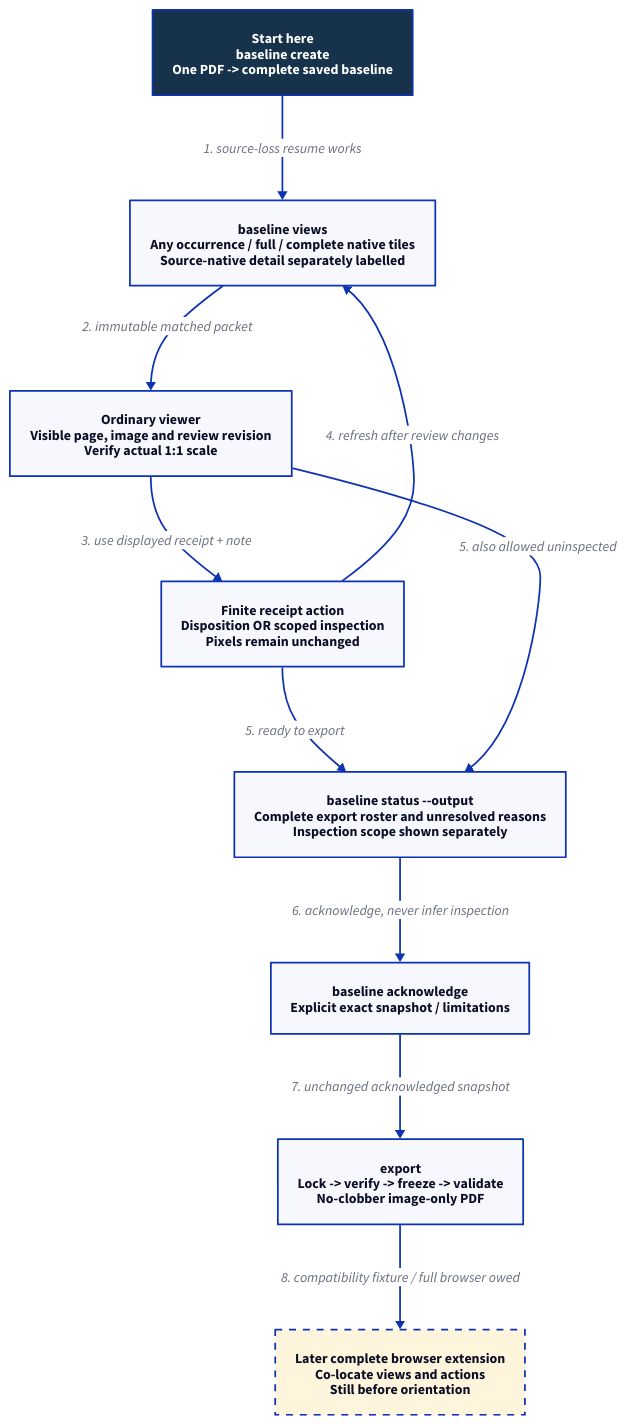
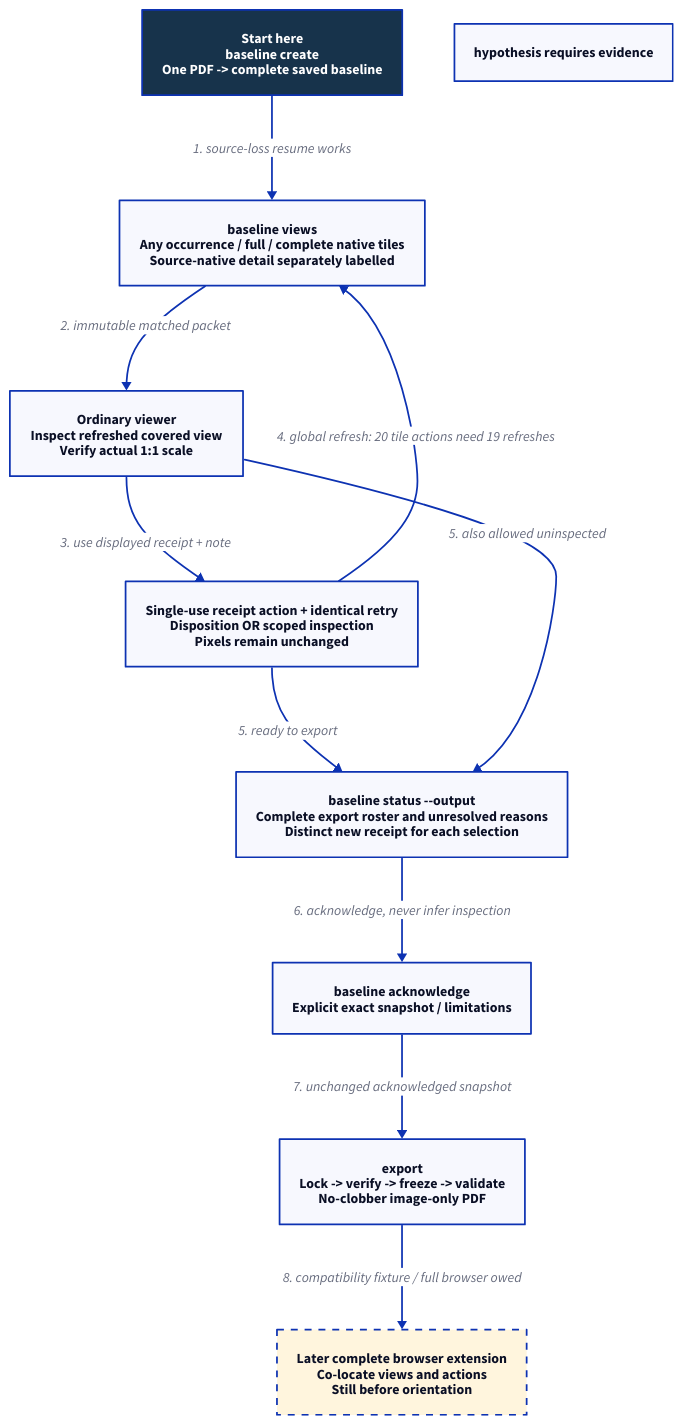
One commit to Linkuistics/BookScanBuilder changed the diagram in docs/design/rotation-processor/baseline-flow.d2. Above: the diagram before and after it, drawn with D2. The commit also changed 18 other files, not shown here.

Commit message:
baseline-delivery-k62: integrate design review and approved public protocol repairs

```diff
--- a/docs/design/rotation-processor/baseline-flow.d2
+++ b/docs/design/rotation-processor/baseline-flow.d2
@@ -1,22 +1,22 @@
 direction: down
 classes: {
   start: {style: {fill: "#17334b"; font-color: white; bold: true}}
   pending: {style: {fill: "#fff5dd"; stroke-dash: 4}}
 }
 create: Start here\nbaseline create\nOne PDF -> complete saved baseline {class: start}
 views: baseline views\nAny occurrence / full / complete native tiles\nSource-native detail separately labelled
-viewer: Ordinary viewer\nVisible page, image and review revision\nVerify actual 1:1 scale
-record: Finite receipt action\nDisposition OR scoped inspection\nPixels remain unchanged
-summary: baseline status --output\nComplete export roster and unresolved reasons\nInspection scope shown separately
+viewer: Ordinary viewer\nInspect refreshed covered view\nVerify actual 1:1 scale; hypothesis requires evidence
+record: Single-use receipt action + identical retry\nDisposition OR scoped inspection\nPixels remain unchanged
+summary: baseline status --output\nComplete export roster and unresolved reasons\nDistinct new receipt for each selection
 ack: baseline acknowledge\nExplicit exact snapshot / limitations
 export: export\nLock -> verify -> freeze -> validate\nNo-clobber image-only PDF
 browser: Later complete browser extension\nCo-locate views and actions\nStill before orientation {class: pending}
 create -> views: "1. source-loss resume works"
 views -> viewer: "2. immutable matched packet"
 viewer -> record: "3. use displayed receipt + note"
-record -> views: "4. refresh after review changes"
+record -> views: "4. global refresh: 20 tile actions need 19 refreshes"
 record -> summary: "5. ready to export"
 viewer -> summary: "5. also allowed uninspected"
 summary -> ack: "6. acknowledge, never infer inspection"
 ack -> export: "7. unchanged acknowledged snapshot"
 export -> browser: "8. compatibility fixture / full browser owed"
```
